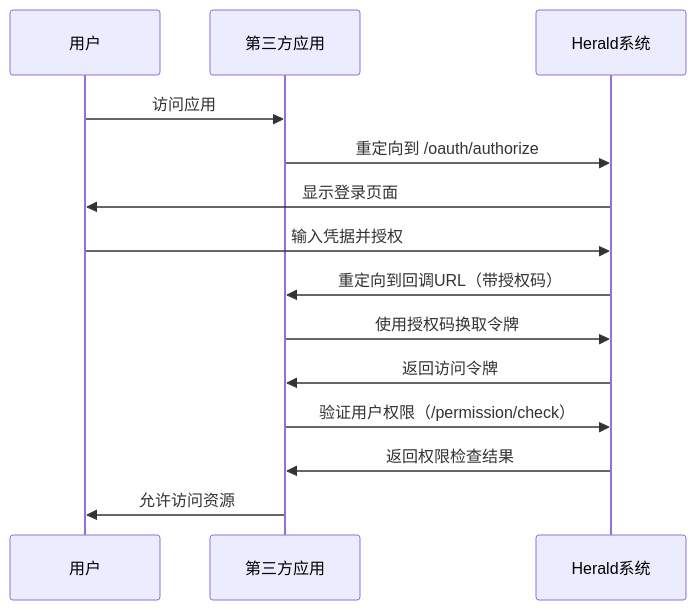
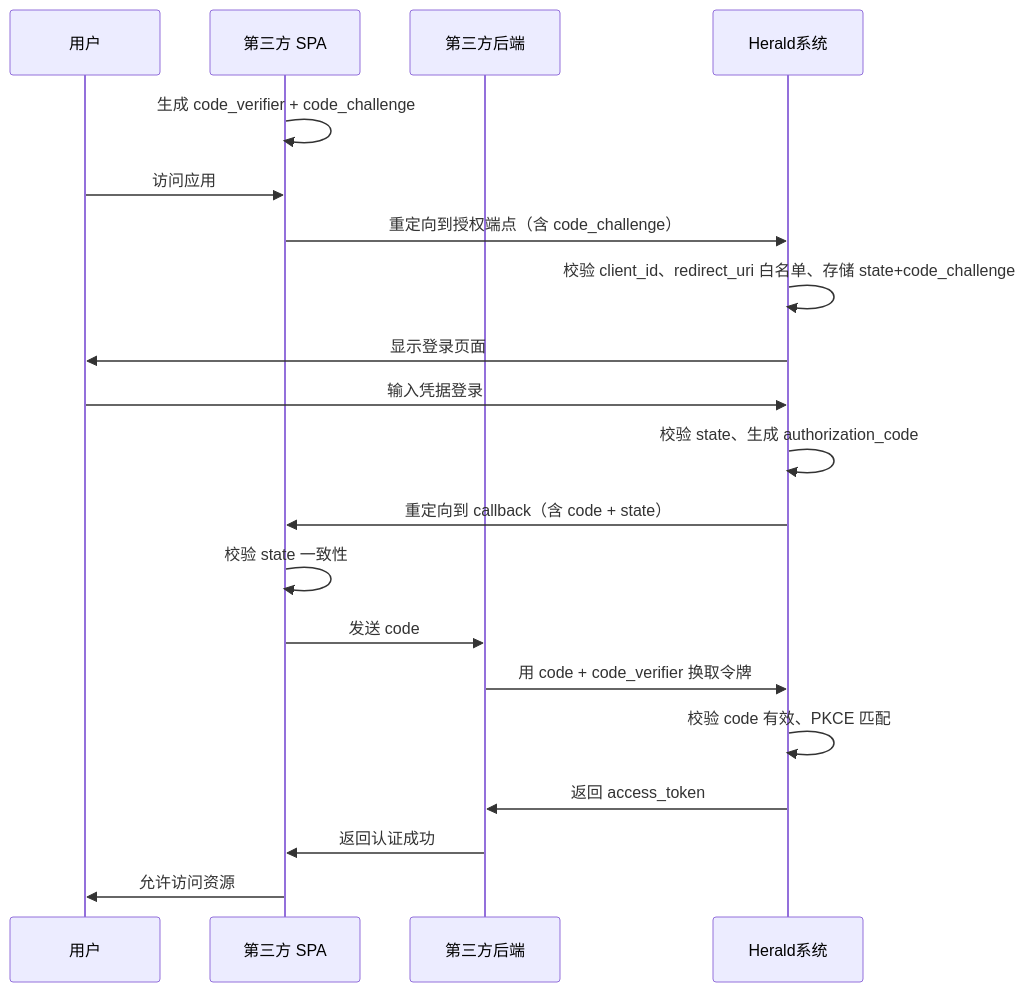
One commit to ansonTGN/herald changed the diagram in docs/user-stories/04-third-party-app-user-stories.md. Above: the diagram before and after it, drawn with Mermaid. The commit also changed other lines of this file and 7 other files, not shown here.

Commit message:
docs: add SDK PRD draft, update OAuth integration status and user stories, fix production config typo

````diff
--- a/docs/user-stories/04-third-party-app-user-stories.md
+++ b/docs/user-stories/04-third-party-app-user-stories.md
@@ -530,17 +549,23 @@
 ```mermaid
 sequenceDiagram
     participant User as 用户
-    participant App as 第三方应用
+    participant SPA as 第三方 SPA
+    participant Backend as 第三方后端
     participant Herald as Herald系统
 
-    User->>App: 访问应用
-    App->>Herald: 重定向到 /oauth/authorize
+    SPA->>SPA: 生成 code_verifier + code_challenge
+    User->>SPA: 访问应用
+    SPA->>Herald: 重定向到授权端点（含 code_challenge）
+    Herald->>Herald: 校验 client_id、redirect_uri 白名单、存储 state+code_challenge
     Herald->>User: 显示登录页面
-    User->>Herald: 输入凭据并授权
-    Herald->>App: 重定向到回调URL（带授权码）
-    App->>Herald: 使用授权码换取令牌
-    Herald->>App: 返回访问令牌
-    App->>Herald: 验证用户权限（/permission/check）
-    Herald->>App: 返回权限检查结果
-    App->>User: 允许访问资源
+    User->>Herald: 输入凭据登录
+    Herald->>Herald: 校验 state、生成 authorization_code
+    Herald->>SPA: 重定向到 callback（含 code + state）
+    SPA->>SPA: 校验 state 一致性
+    SPA->>Backend: 发送 code
+    Backend->>Herald: 用 code + code_verifier 换取令牌
+    Herald->>Herald: 校验 code 有效、PKCE 匹配
+    Herald->>Backend: 返回 access_token
+    Backend->>SPA: 返回认证成功
+    SPA->>User: 允许访问资源
 ```
````
